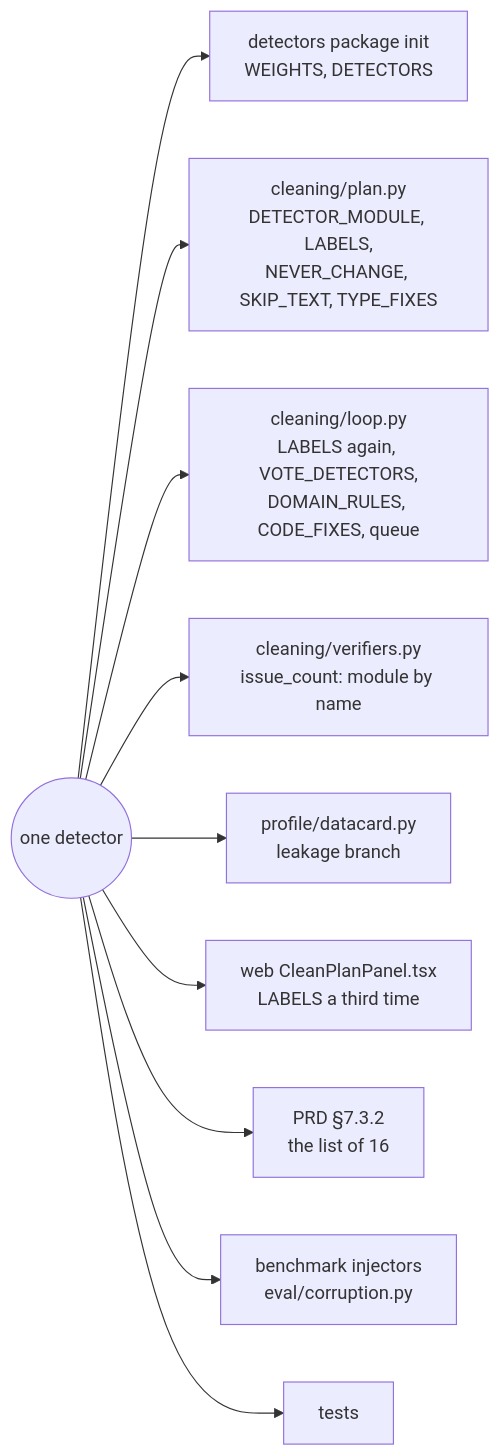
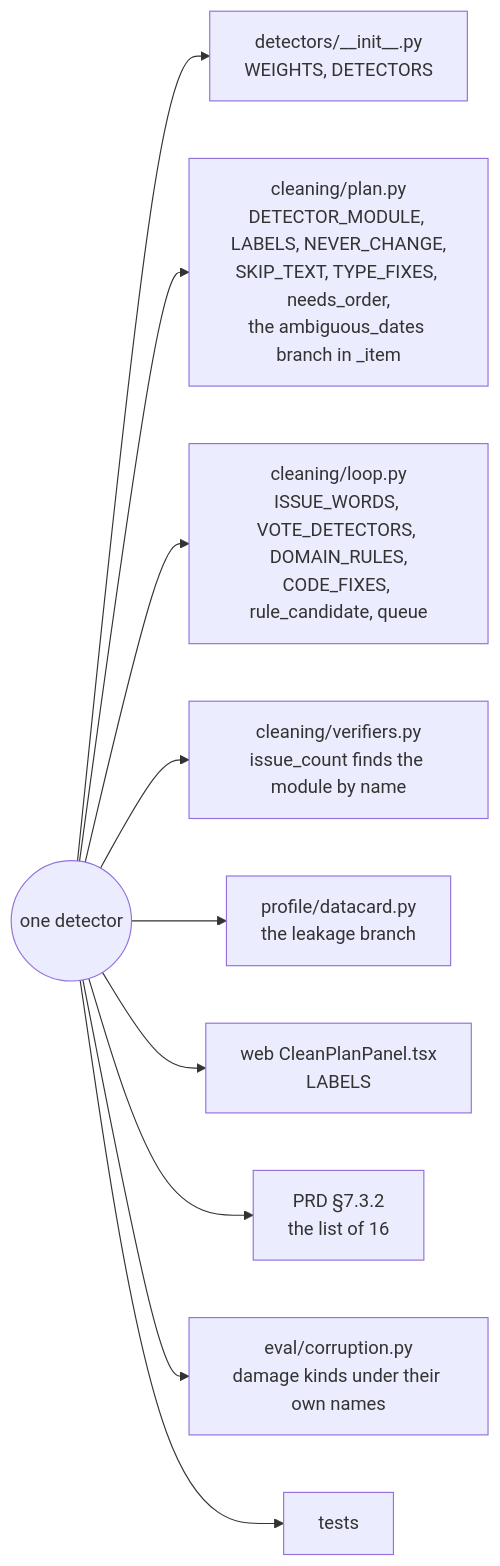
Before and after one commit to n1mk1/sherlock: the third of 16 diagrams in docs/plans/cleaner-detectors-and-severity.md, drawn with Mermaid. The commit also changed other lines of this file, not shown here.

````diff
--- a/docs/plans/cleaner-detectors-and-severity.md
+++ b/docs/plans/cleaner-detectors-and-severity.md
@@ -36,12 +74,12 @@
 ```mermaid
 flowchart LR
-    D((one detector)) --> A[detectors package init<br/>WEIGHTS, DETECTORS]
-    D --> B[cleaning/plan.py<br/>DETECTOR_MODULE, LABELS,<br/>NEVER_CHANGE, SKIP_TEXT, TYPE_FIXES]
-    D --> C[cleaning/loop.py<br/>LABELS again, VOTE_DETECTORS,<br/>DOMAIN_RULES, CODE_FIXES, queue]
-    D --> E[cleaning/verifiers.py<br/>issue_count: module by name]
-    D --> F[profile/datacard.py<br/>leakage branch]
-    D --> G[web CleanPlanPanel.tsx<br/>LABELS a third time]
-    D --> H[PRD §7.3.2<br/>the list of 16]
-    D --> I[benchmark injectors<br/>eval/corruption.py]
+    D((one detector)) --> A["detectors/__init__.py<br/>WEIGHTS, DETECTORS"]
+    D --> B["cleaning/plan.py<br/>DETECTOR_MODULE, LABELS, NEVER_CHANGE,<br/>SKIP_TEXT, TYPE_FIXES, needs_order,<br/>the ambiguous_dates branch in _item"]
+    D --> C["cleaning/loop.py<br/>ISSUE_WORDS, VOTE_DETECTORS, DOMAIN_RULES,<br/>CODE_FIXES, rule_candidate, queue"]
+    D --> E["cleaning/verifiers.py<br/>issue_count finds the module by name"]
+    D --> F["profile/datacard.py<br/>the leakage branch"]
+    D --> G["web CleanPlanPanel.tsx<br/>LABELS"]
+    D --> H["PRD §7.3.2<br/>the list of 16"]
+    D --> I["eval/corruption.py<br/>damage kinds under their own names"]
     D --> J[tests]
 ```
````
